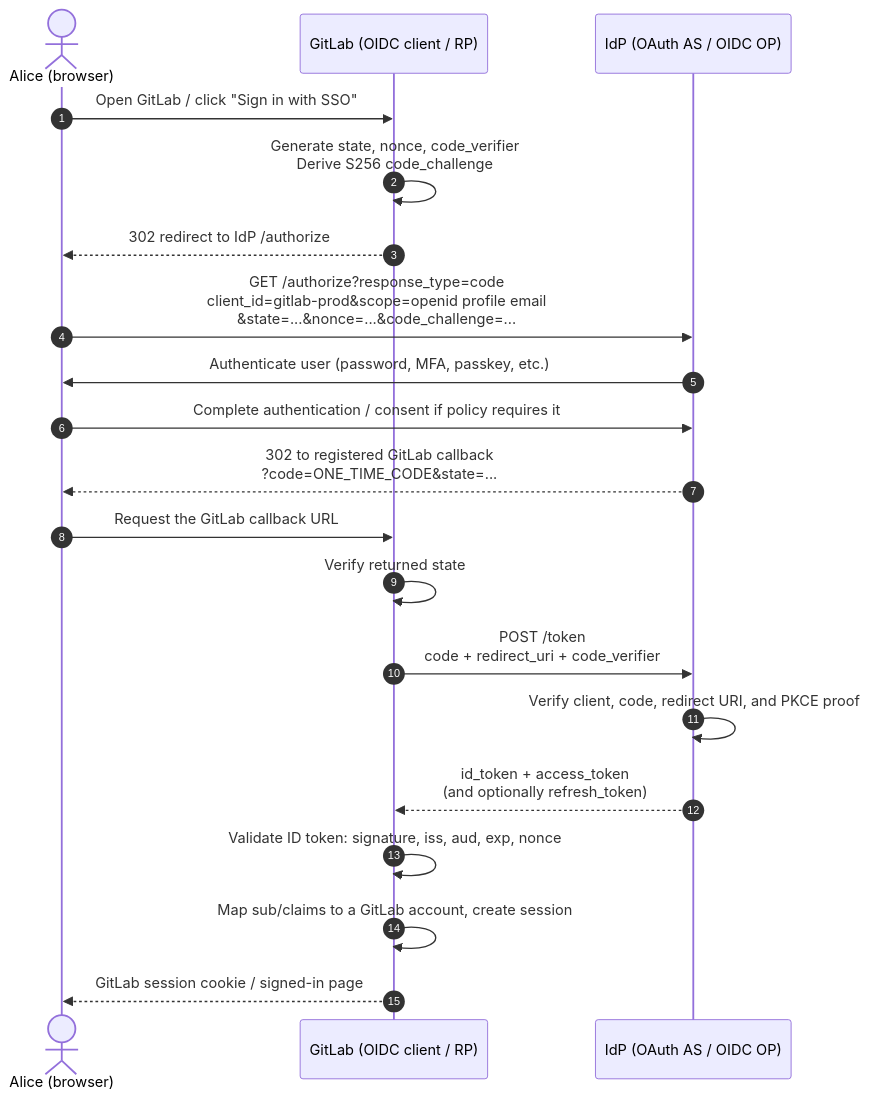
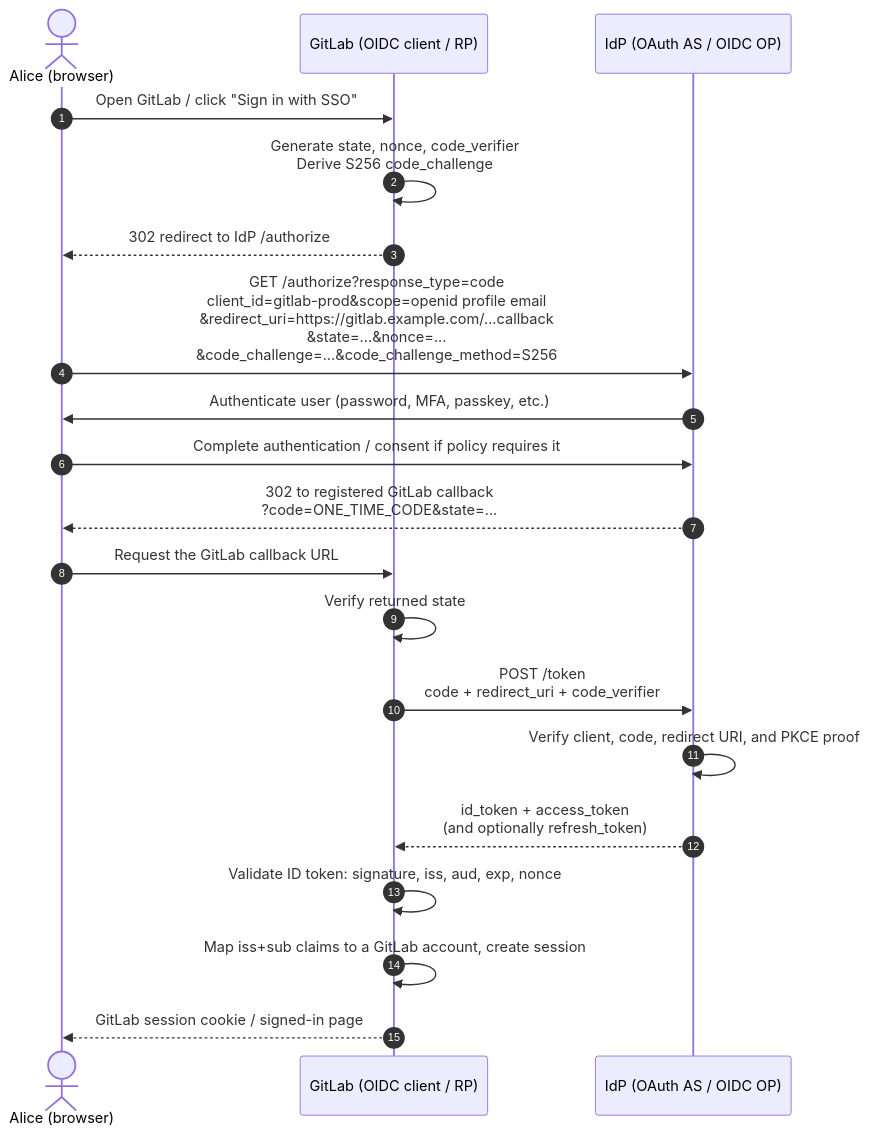
One commit to abdelhousni/til changed the first of 3 diagrams in oauth2/gitlab-oauth2-oidc-principle.md. Above: the diagram before and after it, drawn with Mermaid. The commit also changed other lines of this file, not shown here.

````diff
--- a/oauth2/gitlab-oauth2-oidc-principle.md
+++ b/oauth2/gitlab-oauth2-oidc-principle.md
@@ -32,23 +32,23 @@
 ```mermaid
 sequenceDiagram
     autonumber
     actor Alice as Alice (browser)
     participant GL as GitLab (OIDC client / RP)
     participant IdP as IdP (OAuth AS / OIDC OP)
 
     Alice->>GL: Open GitLab / click "Sign in with SSO"
     GL->>GL: Generate state, nonce, code_verifier<br/>Derive S256 code_challenge
     GL-->>Alice: 302 redirect to IdP /authorize
-    Alice->>IdP: GET /authorize?response_type=code<br/>client_id=gitlab-prod&scope=openid profile email<br/>&state=...&nonce=...&code_challenge=...
+    Alice->>IdP: GET /authorize?response_type=code<br/>client_id=gitlab-prod&scope=openid profile email<br/>&redirect_uri=https://gitlab.example.com/...callback<br/>&state=...&nonce=...<br/>&code_challenge=...&code_challenge_method=S256
     IdP->>Alice: Authenticate user (password, MFA, passkey, etc.)
     Alice->>IdP: Complete authentication / consent if policy requires it
     IdP-->>Alice: 302 to registered GitLab callback<br/>?code=ONE_TIME_CODE&state=...
     Alice->>GL: Request the GitLab callback URL
     GL->>GL: Verify returned state
     GL->>IdP: POST /token<br/>code + redirect_uri + code_verifier
     IdP->>IdP: Verify client, code, redirect URI, and PKCE proof
     IdP-->>GL: id_token + access_token<br/>(and optionally refresh_token)
     GL->>GL: Validate ID token: signature, iss, aud, exp, nonce
-    GL->>GL: Map sub/claims to a GitLab account, create session
+    GL->>GL: Map iss+sub claims to a GitLab account, create session
     GL-->>Alice: GitLab session cookie / signed-in page
 ```
````
